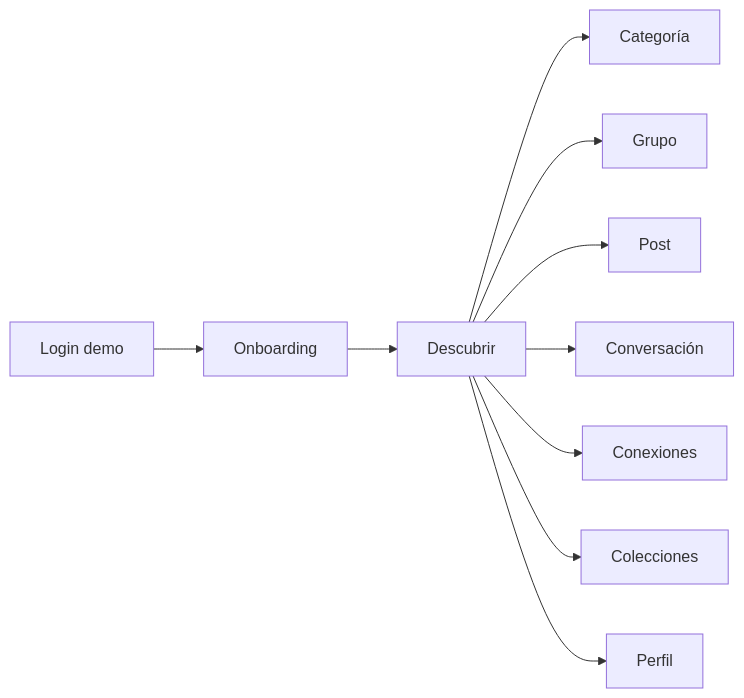
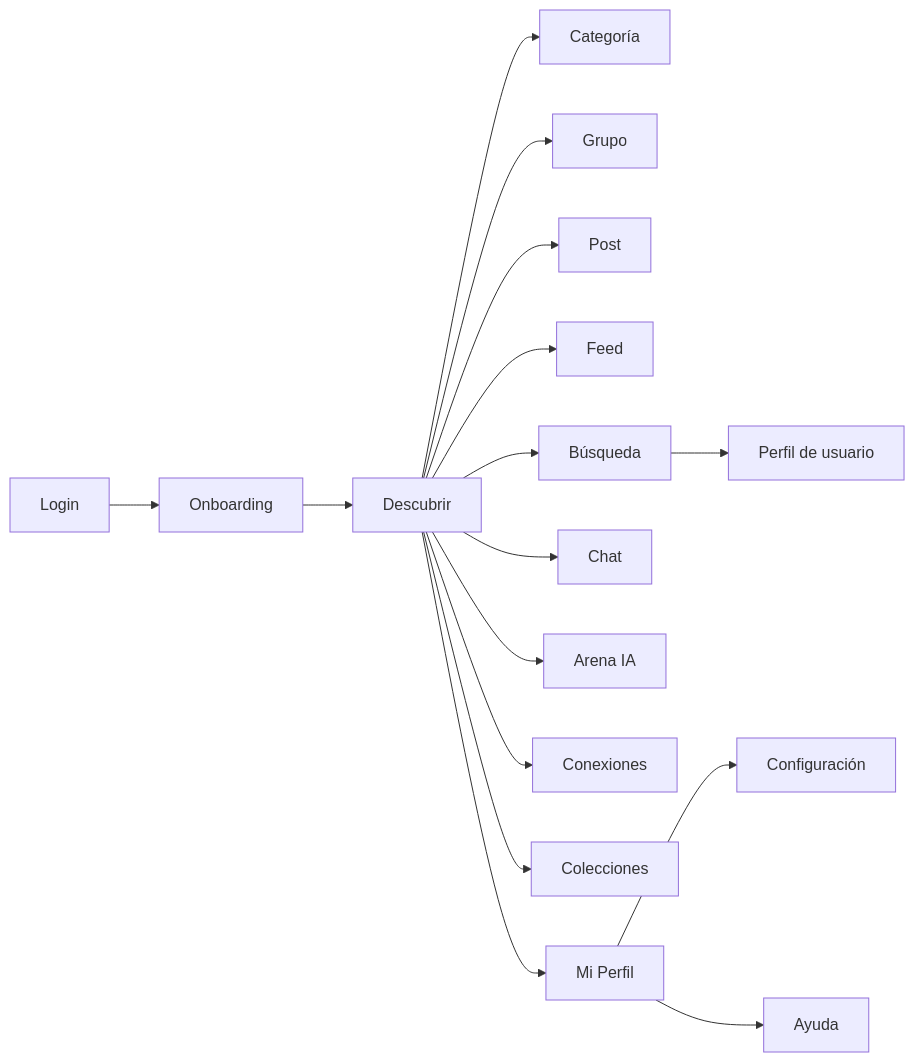
The second of 2 diagrams in README.md (vicenzoscavino1999/vinctus), drawn with Mermaid before and after one commit. The commit also changed other lines of this file and 73 other files, not shown here.

````diff
--- a/README.md
+++ b/README.md
@@ -58,11 +95,18 @@
 ```mermaid
 flowchart LR
-  Login[Login demo] --> Onboarding[Onboarding] --> Discover[Descubrir]
+  Login[Login] --> Onboarding[Onboarding]
+  Onboarding --> Discover[Descubrir]
   Discover --> Category[Categoría]
   Discover --> Group[Grupo]
   Discover --> Post[Post]
-  Discover --> Feed[Conversación]
+  Discover --> Feed[Feed]
+  Discover --> Search[Búsqueda]
+  Search --> UserProfile[Perfil de usuario]
+  Discover --> Messages[Chat]
+  Discover --> Arena[Arena IA]
   Discover --> Projects[Conexiones]
   Discover --> Library[Colecciones]
-  Discover --> Profile[Perfil]
+  Discover --> Profile[Mi Perfil]
+  Profile --> Settings[Configuración]
+  Profile --> Help[Ayuda]
 ```
````
